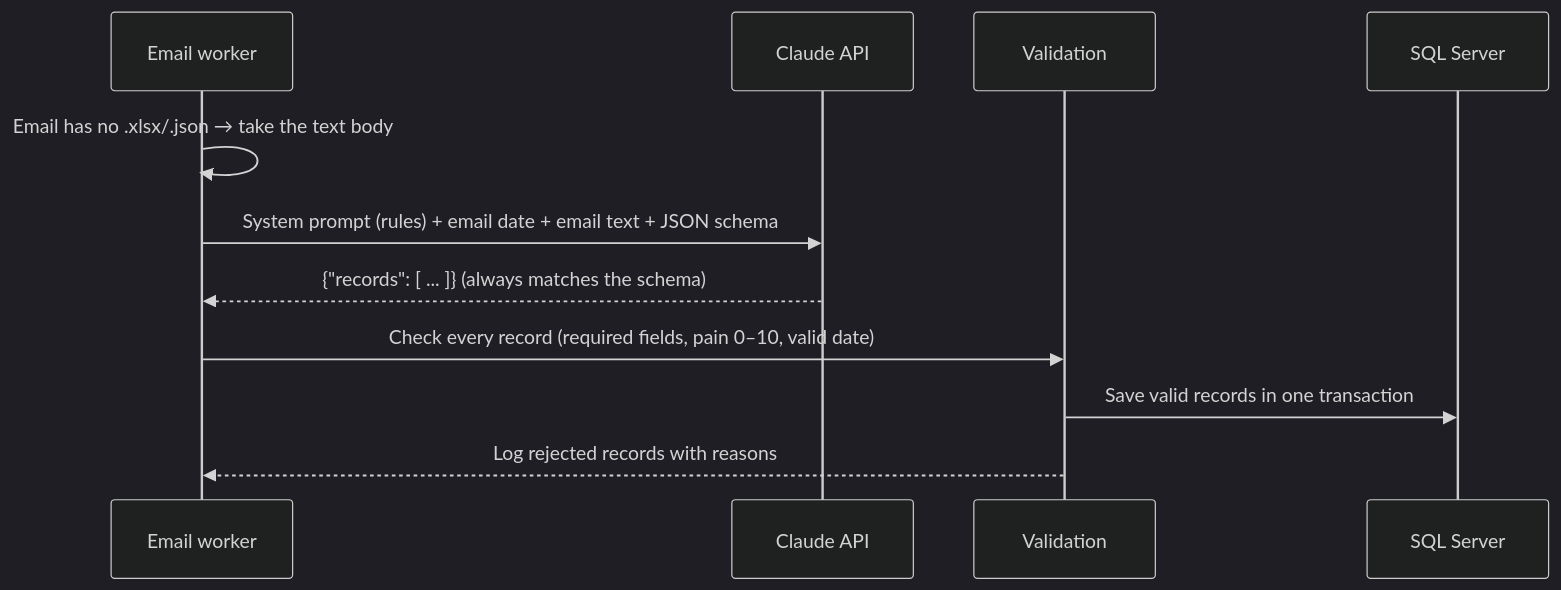
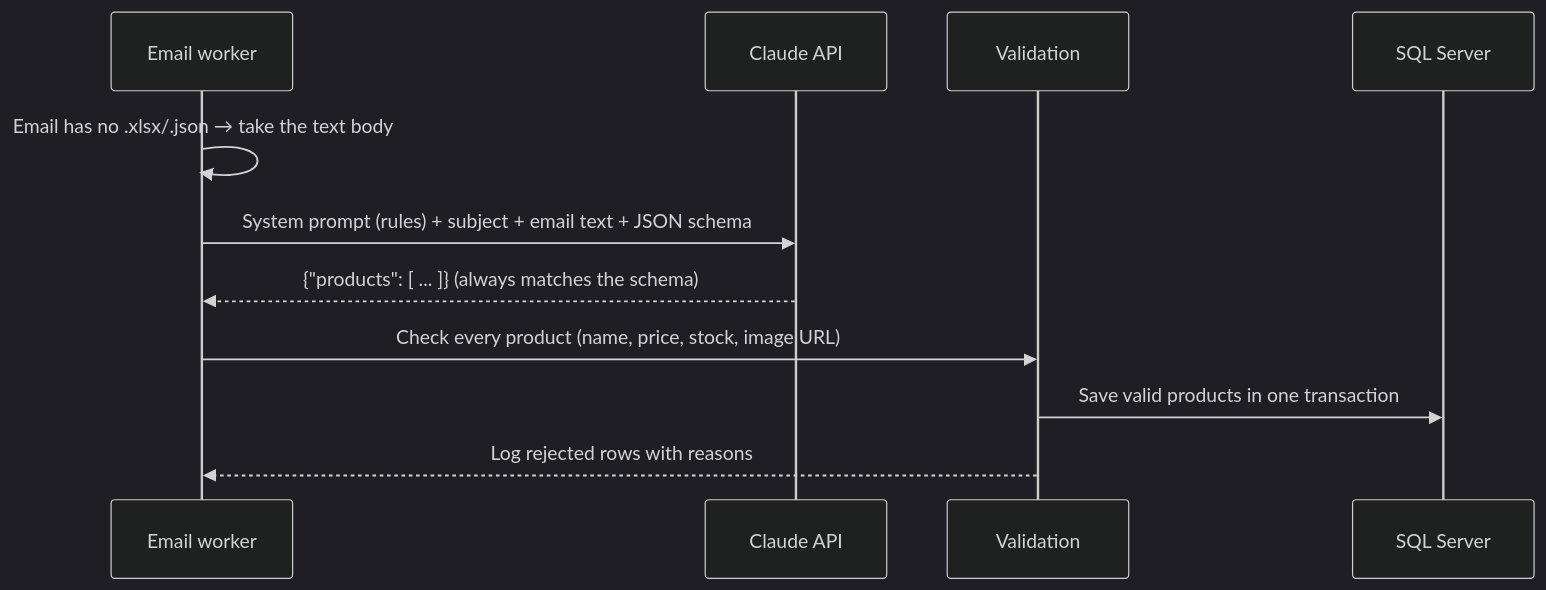
Before and after one commit to pritpalkaur/AIAutomation_agent-ai: the second of 2 diagrams in README.md, drawn with Mermaid (dark theme). The commit also changed other lines of this file and 18 other files, not shown here.

First line of the commit message:
Switch from pain records to products (ProductsDb.dbo.Products)

````diff
--- a/README.md
+++ b/README.md
@@ -113,13 +113,13 @@
 ```mermaid
 sequenceDiagram
     participant W as Email worker
     participant C as Claude API
     participant V as Validation
     participant DB as SQL Server
     W->>W: Email has no .xlsx/.json → take the text body
-    W->>C: System prompt (rules) + email date + email text + JSON schema
-    C-->>W: {"records": [ ... ]} (always matches the schema)
-    W->>V: Check every record (required fields, pain 0–10, valid date)
-    V->>DB: Save valid records in one transaction
-    V-->>W: Log rejected records with reasons
+    W->>C: System prompt (rules) + subject + email text + JSON schema
+    C-->>W: {"products": [ ... ]} (always matches the schema)
+    W->>V: Check every product (name, price, stock, image URL)
+    V->>DB: Save valid products in one transaction
+    V-->>W: Log rejected rows with reasons
 ```
````
